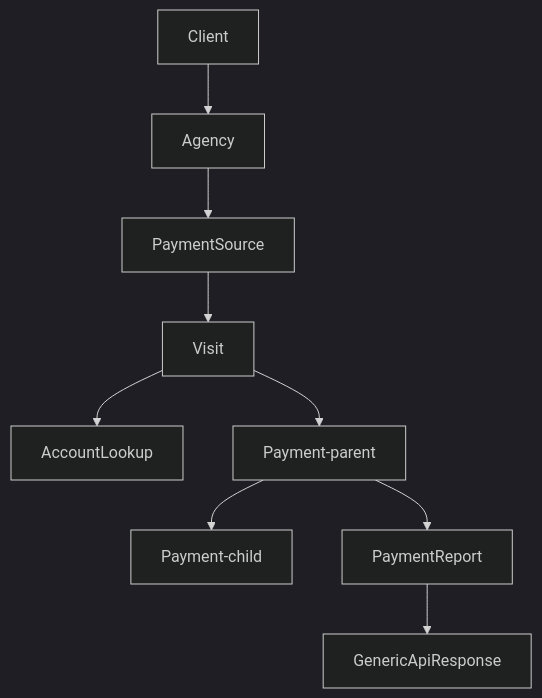
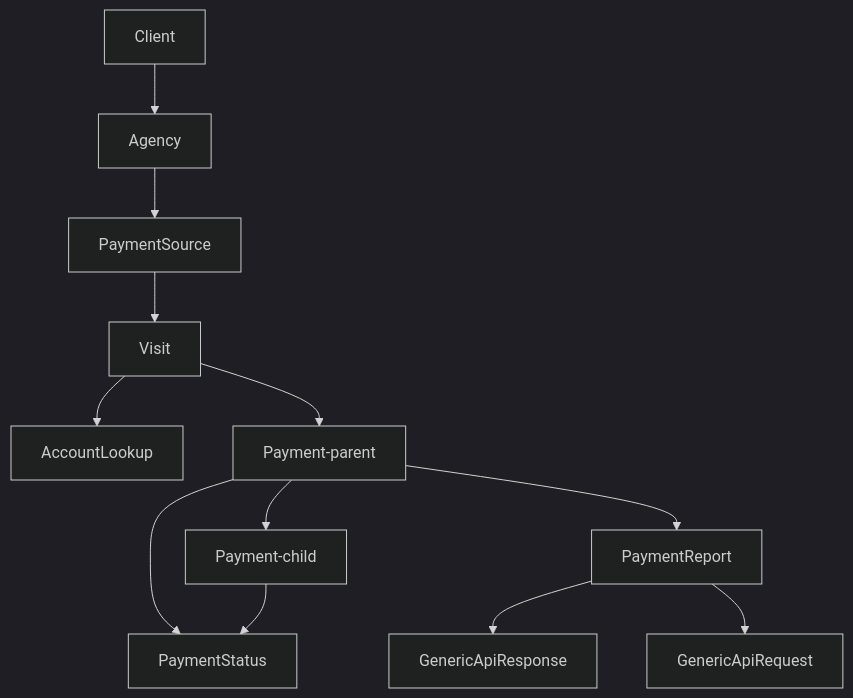
One commit to PhiMed/rails_engine_fe changed the diagram in README.md. Above: the diagram before and after it, drawn with Mermaid (dark theme).

````diff
--- a/README.md
+++ b/README.md
@@ -9,11 +9,14 @@
 ```mermaid
 graph TD;
     Client-->Agency;
     Agency-->PaymentSource;
     PaymentSource-->Visit;
     Visit-->AccountLookup;
     Visit-->Payment-parent;
+    Payment-parent-->PaymentStatus;
     Payment-parent-->Payment-child;
+    Payment-child-->PaymentStatus;
     Payment-parent-->PaymentReport;
-    PaymentReport-->GenericApiResponse
+    PaymentReport-->GenericApiResponse;
+    PaymentReport-->GenericApiRequest
 ```
````
